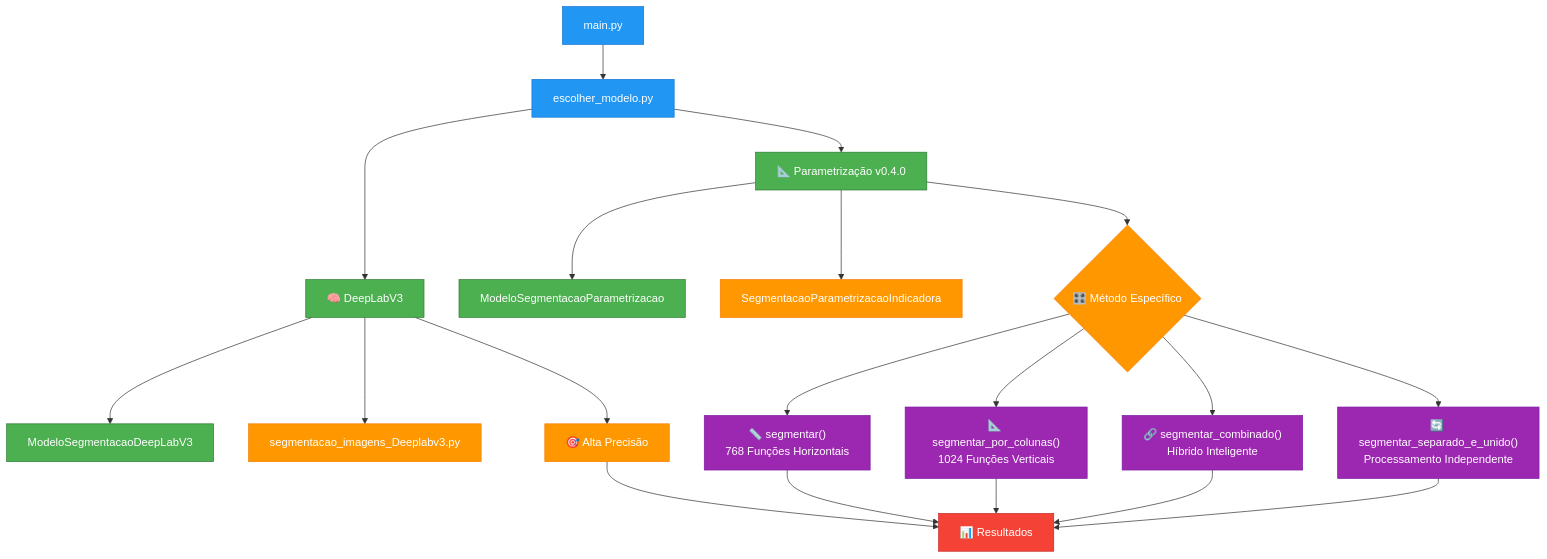
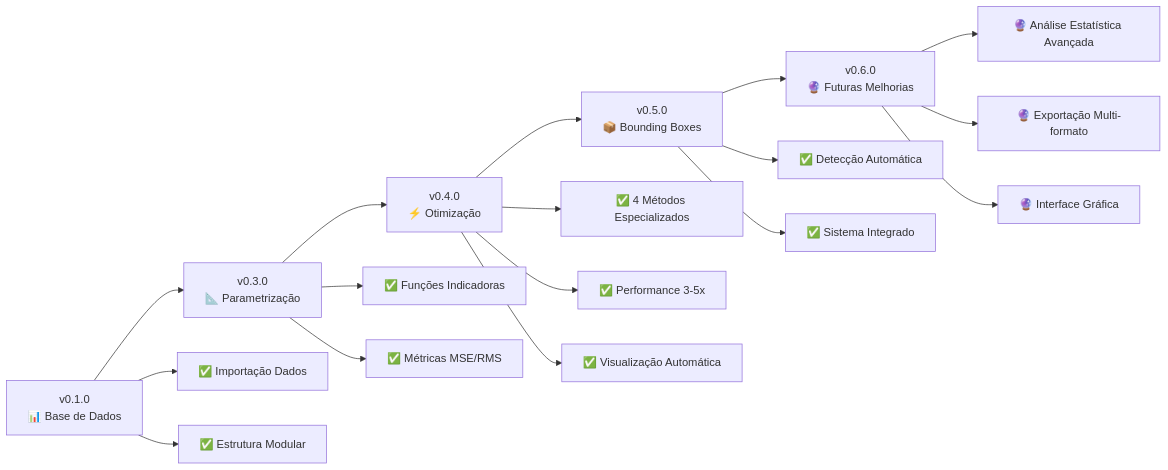
One commit to danilorigitano/DesafioInovia-dev changed the seventh of 9 diagrams in README.md. Above: the diagram before and after it, drawn with Mermaid. The commit also changed other lines of this file and 8 other files, not shown here.

````diff
--- a/README.md
+++ b/README.md
@@ -931,37 +284,24 @@
 ```mermaid
-graph TB
-    A["main.py"] --> B["escolher_modelo.py"]
-    B --> C["🧠 DeepLabV3"]
-    B --> D["📐 Parametrização v0.4.0"]
+flowchart LR
+    A["v0.1.0<br/>📊 Base de Dados"] --> B["v0.3.0<br/>📐 Parametrização"]
+    B --> C["v0.4.0<br/>⚡ Otimização"]
+    C --> D["v0.5.0<br/>📦 Bounding Boxes"]
+    D --> E["v0.6.0<br/>🔮 Futuras Melhorias"]
     
-    C --> C1["ModeloSegmentacaoDeepLabV3"]
-    C --> C2["segmentacao_imagens_Deeplabv3.py"]
-    C --> C3["🎯 Alta Precisão"]
+    A --> A1["✅ Importação Dados"]
+    A --> A2["✅ Estrutura Modular"]
     
-    D --> D1["ModeloSegmentacaoParametrizacao"]
-    D --> D2["SegmentacaoParametrizacaoIndicadora"]
-    D --> D3{🎛️ Método Específico}
+    B --> B2["✅ Funções Indicadoras"]
+    B --> B3["✅ Métricas MSE/RMS"]
     
-    D3 --> D4["📏 segmentar()<br/>768 Funções Horizontais"]
-    D3 --> D5["📐 segmentar_por_colunas()<br/>1024 Funções Verticais"]
-    D3 --> D6["🔗 segmentar_combinado()<br/>Híbrido Inteligente"]
-    D3 --> D7["🔄 segmentar_separado_e_unido()<br/>Processamento Independente"]
+    C --> C1["✅ 4 Métodos Especializados"]
+    C --> C2["✅ Performance 3-5x"]
+    C --> C3["✅ Visualização Automática"]
     
-    D4 --> E["📊 Resultados"]
-    D5 --> E
-    D6 --> E
-    D7 --> E
-    C3 --> E
+    D --> D2["✅ Detecção Automática"]
+    D --> D3["✅ Sistema Integrado"]
     
-    classDef main fill:#2196F3,stroke:#1976D2,color:#fff
-    classDef models fill:#4CAF50,stroke:#2E7D32,color:#fff
-    classDef engines fill:#FF9800,stroke:#F57C00,color:#fff
-    classDef methods fill:#9C27B0,stroke:#7B1FA2,color:#fff
-    classDef results fill:#F44336,stroke:#C62828,color:#fff
-    
-    class A,B main
-    class C,D,C1,D1 models
-    class C2,C3,D2,D3 engines
-    class D4,D5,D6,D7 methods
-    class E results
+    E --> E1["🔮 Análise Estatística Avançada"]
+    E --> E2["🔮 Exportação Multi-formato"]
+    E --> E3["🔮 Interface Gráfica"]
 ```
````
